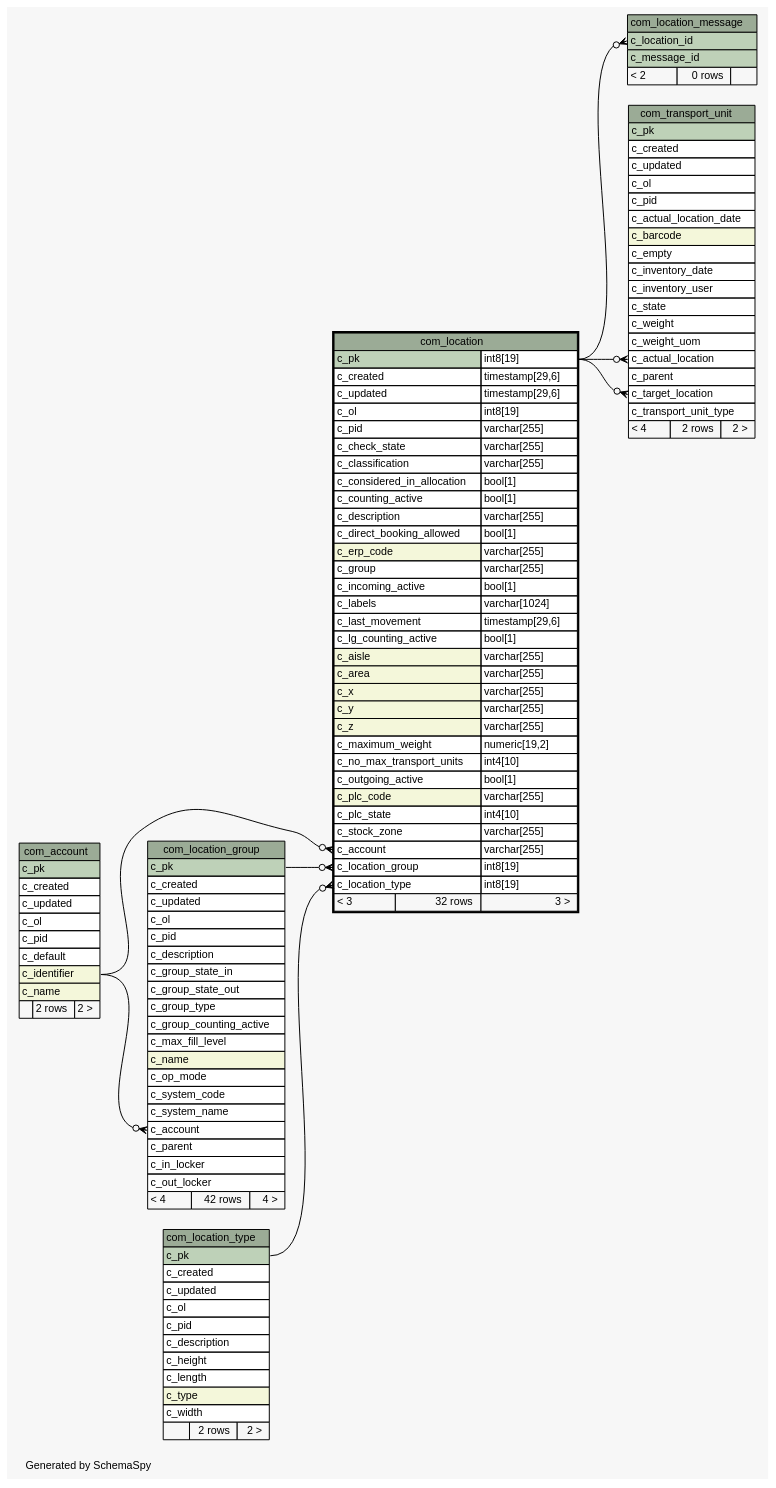
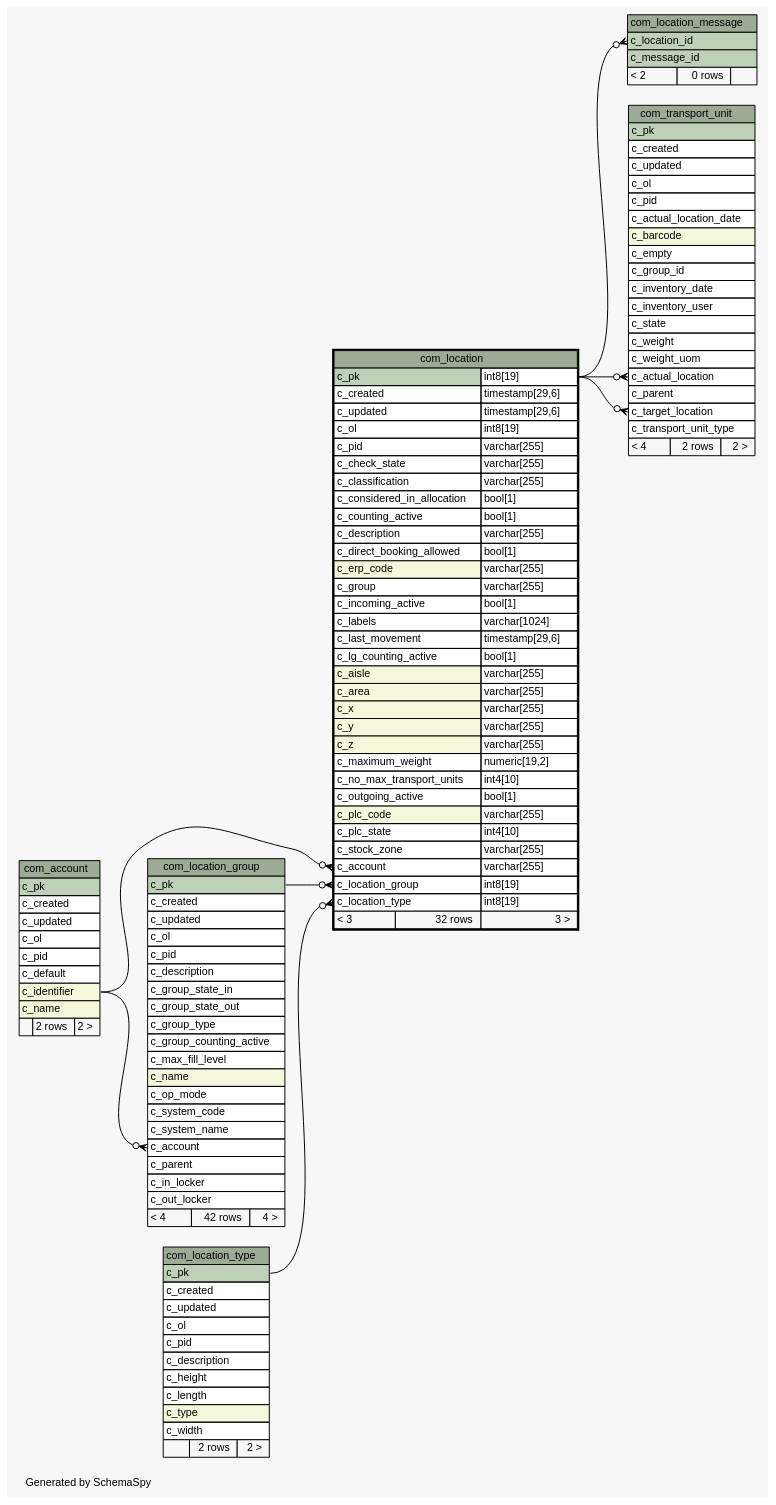
The diagram in 1.7.0-SNAPSHOT/schemaspy/diagrams/com_location.1degree.dot (openwms/org.openwms.common.service.lib), drawn with Graphviz before and after one commit. The commit also changed 450 other files, not shown here.

```diff
--- a/1.7.0-SNAPSHOT/schemaspy/diagrams/com_location.1degree.dot
+++ b/1.7.0-SNAPSHOT/schemaspy/diagrams/com_location.1degree.dot
@@ -1,170 +1,171 @@
-// dot 2.43.0 on Linux 5.8.0-1036-azure
+// dot 2.43.0 on Linux 5.8.0-1039-azure
 // SchemaSpy rev Unknown
 digraph "oneDegreeRelationshipsDiagram" {
   graph [
     rankdir="RL"
     bgcolor="#f7f7f7"
     label="\nGenerated by SchemaSpy"
     labeljust="l"
     nodesep="0.18"
     ranksep="0.46"
     fontname="Helvetica"
     fontsize="11"
   ];
   node [
     fontname="Helvetica"
     fontsize="11"
     shape="plaintext"
   ];
   edge [
     arrowsize="0.8"
   ];
   "com_location":"c_account":w -> "com_account":"c_identifier":e [arrowhead=none dir=back arrowtail=crowodot];
   "com_location":"c_location_group":w -> "com_location_group":"c_pk":e [arrowhead=none dir=back arrowtail=crowodot];
   "com_location":"c_location_type":w -> "com_location_type":"c_pk":e [arrowhead=none dir=back arrowtail=crowodot];
   "com_location_group":"c_account":w -> "com_account":"c_identifier":e [arrowhead=none dir=back arrowtail=crowodot];
   "com_location_message":"c_location_id":w -> "com_location":"c_pk.type":e [arrowhead=none dir=back arrowtail=crowodot];
   "com_transport_unit":"c_actual_location":w -> "com_location":"c_pk.type":e [arrowhead=none dir=back arrowtail=crowodot];
   "com_transport_unit":"c_target_location":w -> "com_location":"c_pk.type":e [arrowhead=none dir=back arrowtail=crowodot];
   "com_account" [
     label=<
     <TABLE BORDER="0" CELLBORDER="1" CELLSPACING="0" BGCOLOR="#ffffff">
       <TR><TD COLSPAN="3" BGCOLOR="#9bab96" ALIGN="CENTER">com_account</TD></TR>
       <TR><TD PORT="c_pk" COLSPAN="3" BGCOLOR="#bed1b8" ALIGN="LEFT">c_pk</TD></TR>
       <TR><TD PORT="c_created" COLSPAN="3" ALIGN="LEFT">c_created</TD></TR>
       <TR><TD PORT="c_updated" COLSPAN="3" ALIGN="LEFT">c_updated</TD></TR>
       <TR><TD PORT="c_ol" COLSPAN="3" ALIGN="LEFT">c_ol</TD></TR>
       <TR><TD PORT="c_pid" COLSPAN="3" ALIGN="LEFT">c_pid</TD></TR>
       <TR><TD PORT="c_default" COLSPAN="3" ALIGN="LEFT">c_default</TD></TR>
       <TR><TD PORT="c_identifier" COLSPAN="3" BGCOLOR="#f4f7da" ALIGN="LEFT">c_identifier</TD></TR>
       <TR><TD PORT="c_name" COLSPAN="3" BGCOLOR="#f4f7da" ALIGN="LEFT">c_name</TD></TR>
       <TR><TD ALIGN="LEFT" BGCOLOR="#f7f7f7">  </TD><TD ALIGN="RIGHT" BGCOLOR="#f7f7f7">2 rows</TD><TD ALIGN="RIGHT" BGCOLOR="#f7f7f7">2 &gt;</TD></TR>
     </TABLE>>
     URL="com_account.html"
     tooltip="com_account"
   ];
   "com_location" [
     label=<
     <TABLE BORDER="2" CELLBORDER="1" CELLSPACING="0" BGCOLOR="#ffffff">
       <TR><TD COLSPAN="3" BGCOLOR="#9bab96" ALIGN="CENTER">com_location</TD></TR>
       <TR><TD PORT="c_pk" COLSPAN="2" BGCOLOR="#bed1b8" ALIGN="LEFT">c_pk</TD><TD PORT="c_pk.type" ALIGN="LEFT">int8[19]</TD></TR>
       <TR><TD PORT="c_created" COLSPAN="2" ALIGN="LEFT">c_created</TD><TD PORT="c_created.type" ALIGN="LEFT">timestamp[29,6]</TD></TR>
       <TR><TD PORT="c_updated" COLSPAN="2" ALIGN="LEFT">c_updated</TD><TD PORT="c_updated.type" ALIGN="LEFT">timestamp[29,6]</TD></TR>
       <TR><TD PORT="c_ol" COLSPAN="2" ALIGN="LEFT">c_ol</TD><TD PORT="c_ol.type" ALIGN="LEFT">int8[19]</TD></TR>
       <TR><TD PORT="c_pid" COLSPAN="2" ALIGN="LEFT">c_pid</TD><TD PORT="c_pid.type" ALIGN="LEFT">varchar[255]</TD></TR>
       <TR><TD PORT="c_check_state" COLSPAN="2" ALIGN="LEFT">c_check_state</TD><TD PORT="c_check_state.type" ALIGN="LEFT">varchar[255]</TD></TR>
       <TR><TD PORT="c_classification" COLSPAN="2" ALIGN="LEFT">c_classification</TD><TD PORT="c_classification.type" ALIGN="LEFT">varchar[255]</TD></TR>
       <TR><TD PORT="c_considered_in_allocation" COLSPAN="2" ALIGN="LEFT">c_considered_in_allocation</TD><TD PORT="c_considered_in_allocation.type" ALIGN="LEFT">bool[1]</TD></TR>
       <TR><TD PORT="c_counting_active" COLSPAN="2" ALIGN="LEFT">c_counting_active</TD><TD PORT="c_counting_active.type" ALIGN="LEFT">bool[1]</TD></TR>
       <TR><TD PORT="c_description" COLSPAN="2" ALIGN="LEFT">c_description</TD><TD PORT="c_description.type" ALIGN="LEFT">varchar[255]</TD></TR>
       <TR><TD PORT="c_direct_booking_allowed" COLSPAN="2" ALIGN="LEFT">c_direct_booking_allowed</TD><TD PORT="c_direct_booking_allowed.type" ALIGN="LEFT">bool[1]</TD></TR>
       <TR><TD PORT="c_erp_code" COLSPAN="2" BGCOLOR="#f4f7da" ALIGN="LEFT">c_erp_code</TD><TD PORT="c_erp_code.type" ALIGN="LEFT">varchar[255]</TD></TR>
       <TR><TD PORT="c_group" COLSPAN="2" ALIGN="LEFT">c_group</TD><TD PORT="c_group.type" ALIGN="LEFT">varchar[255]</TD></TR>
       <TR><TD PORT="c_incoming_active" COLSPAN="2" ALIGN="LEFT">c_incoming_active</TD><TD PORT="c_incoming_active.type" ALIGN="LEFT">bool[1]</TD></TR>
       <TR><TD PORT="c_labels" COLSPAN="2" ALIGN="LEFT">c_labels</TD><TD PORT="c_labels.type" ALIGN="LEFT">varchar[1024]</TD></TR>
       <TR><TD PORT="c_last_movement" COLSPAN="2" ALIGN="LEFT">c_last_movement</TD><TD PORT="c_last_movement.type" ALIGN="LEFT">timestamp[29,6]</TD></TR>
       <TR><TD PORT="c_lg_counting_active" COLSPAN="2" ALIGN="LEFT">c_lg_counting_active</TD><TD PORT="c_lg_counting_active.type" ALIGN="LEFT">bool[1]</TD></TR>
       <TR><TD PORT="c_aisle" COLSPAN="2" BGCOLOR="#f4f7da" ALIGN="LEFT">c_aisle</TD><TD PORT="c_aisle.type" ALIGN="LEFT">varchar[255]</TD></TR>
       <TR><TD PORT="c_area" COLSPAN="2" BGCOLOR="#f4f7da" ALIGN="LEFT">c_area</TD><TD PORT="c_area.type" ALIGN="LEFT">varchar[255]</TD></TR>
       <TR><TD PORT="c_x" COLSPAN="2" BGCOLOR="#f4f7da" ALIGN="LEFT">c_x</TD><TD PORT="c_x.type" ALIGN="LEFT">varchar[255]</TD></TR>
       <TR><TD PORT="c_y" COLSPAN="2" BGCOLOR="#f4f7da" ALIGN="LEFT">c_y</TD><TD PORT="c_y.type" ALIGN="LEFT">varchar[255]</TD></TR>
       <TR><TD PORT="c_z" COLSPAN="2" BGCOLOR="#f4f7da" ALIGN="LEFT">c_z</TD><TD PORT="c_z.type" ALIGN="LEFT">varchar[255]</TD></TR>
       <TR><TD PORT="c_maximum_weight" COLSPAN="2" ALIGN="LEFT">c_maximum_weight</TD><TD PORT="c_maximum_weight.type" ALIGN="LEFT">numeric[19,2]</TD></TR>
       <TR><TD PORT="c_no_max_transport_units" COLSPAN="2" ALIGN="LEFT">c_no_max_transport_units</TD><TD PORT="c_no_max_transport_units.type" ALIGN="LEFT">int4[10]</TD></TR>
       <TR><TD PORT="c_outgoing_active" COLSPAN="2" ALIGN="LEFT">c_outgoing_active</TD><TD PORT="c_outgoing_active.type" ALIGN="LEFT">bool[1]</TD></TR>
       <TR><TD PORT="c_plc_code" COLSPAN="2" BGCOLOR="#f4f7da" ALIGN="LEFT">c_plc_code</TD><TD PORT="c_plc_code.type" ALIGN="LEFT">varchar[255]</TD></TR>
       <TR><TD PORT="c_plc_state" COLSPAN="2" ALIGN="LEFT">c_plc_state</TD><TD PORT="c_plc_state.type" ALIGN="LEFT">int4[10]</TD></TR>
       <TR><TD PORT="c_stock_zone" COLSPAN="2" ALIGN="LEFT">c_stock_zone</TD><TD PORT="c_stock_zone.type" ALIGN="LEFT">varchar[255]</TD></TR>
       <TR><TD PORT="c_account" COLSPAN="2" ALIGN="LEFT">c_account</TD><TD PORT="c_account.type" ALIGN="LEFT">varchar[255]</TD></TR>
       <TR><TD PORT="c_location_group" COLSPAN="2" ALIGN="LEFT">c_location_group</TD><TD PORT="c_location_group.type" ALIGN="LEFT">int8[19]</TD></TR>
       <TR><TD PORT="c_location_type" COLSPAN="2" ALIGN="LEFT">c_location_type</TD><TD PORT="c_location_type.type" ALIGN="LEFT">int8[19]</TD></TR>
       <TR><TD ALIGN="LEFT" BGCOLOR="#f7f7f7">&lt; 3</TD><TD ALIGN="RIGHT" BGCOLOR="#f7f7f7">32 rows</TD><TD ALIGN="RIGHT" BGCOLOR="#f7f7f7">3 &gt;</TD></TR>
     </TABLE>>
     URL="com_location.html"
     tooltip="com_location"
   ];
   "com_location_group" [
     label=<
     <TABLE BORDER="0" CELLBORDER="1" CELLSPACING="0" BGCOLOR="#ffffff">
       <TR><TD COLSPAN="3" BGCOLOR="#9bab96" ALIGN="CENTER">com_location_group</TD></TR>
       <TR><TD PORT="c_pk" COLSPAN="3" BGCOLOR="#bed1b8" ALIGN="LEFT">c_pk</TD></TR>
       <TR><TD PORT="c_created" COLSPAN="3" ALIGN="LEFT">c_created</TD></TR>
       <TR><TD PORT="c_updated" COLSPAN="3" ALIGN="LEFT">c_updated</TD></TR>
       <TR><TD PORT="c_ol" COLSPAN="3" ALIGN="LEFT">c_ol</TD></TR>
       <TR><TD PORT="c_pid" COLSPAN="3" ALIGN="LEFT">c_pid</TD></TR>
       <TR><TD PORT="c_description" COLSPAN="3" ALIGN="LEFT">c_description</TD></TR>
       <TR><TD PORT="c_group_state_in" COLSPAN="3" ALIGN="LEFT">c_group_state_in</TD></TR>
       <TR><TD PORT="c_group_state_out" COLSPAN="3" ALIGN="LEFT">c_group_state_out</TD></TR>
       <TR><TD PORT="c_group_type" COLSPAN="3" ALIGN="LEFT">c_group_type</TD></TR>
       <TR><TD PORT="c_group_counting_active" COLSPAN="3" ALIGN="LEFT">c_group_counting_active</TD></TR>
       <TR><TD PORT="c_max_fill_level" COLSPAN="3" ALIGN="LEFT">c_max_fill_level</TD></TR>
       <TR><TD PORT="c_name" COLSPAN="3" BGCOLOR="#f4f7da" ALIGN="LEFT">c_name</TD></TR>
       <TR><TD PORT="c_op_mode" COLSPAN="3" ALIGN="LEFT">c_op_mode</TD></TR>
       <TR><TD PORT="c_system_code" COLSPAN="3" ALIGN="LEFT">c_system_code</TD></TR>
       <TR><TD PORT="c_system_name" COLSPAN="3" ALIGN="LEFT">c_system_name</TD></TR>
       <TR><TD PORT="c_account" COLSPAN="3" ALIGN="LEFT">c_account</TD></TR>
       <TR><TD PORT="c_parent" COLSPAN="3" ALIGN="LEFT">c_parent</TD></TR>
       <TR><TD PORT="c_in_locker" COLSPAN="3" ALIGN="LEFT">c_in_locker</TD></TR>
       <TR><TD PORT="c_out_locker" COLSPAN="3" ALIGN="LEFT">c_out_locker</TD></TR>
       <TR><TD ALIGN="LEFT" BGCOLOR="#f7f7f7">&lt; 4</TD><TD ALIGN="RIGHT" BGCOLOR="#f7f7f7">42 rows</TD><TD ALIGN="RIGHT" BGCOLOR="#f7f7f7">4 &gt;</TD></TR>
     </TABLE>>
     URL="com_location_group.html"
     tooltip="com_location_group"
   ];
   "com_location_message" [
     label=<
     <TABLE BORDER="0" CELLBORDER="1" CELLSPACING="0" BGCOLOR="#ffffff">
       <TR><TD COLSPAN="3" BGCOLOR="#9bab96" ALIGN="CENTER">com_location_message</TD></TR>
       <TR><TD PORT="c_location_id" COLSPAN="3" BGCOLOR="#bed1b8" ALIGN="LEFT">c_location_id</TD></TR>
       <TR><TD PORT="c_message_id" COLSPAN="3" BGCOLOR="#bed1b8" ALIGN="LEFT">c_message_id</TD></TR>
       <TR><TD ALIGN="LEFT" BGCOLOR="#f7f7f7">&lt; 2</TD><TD ALIGN="RIGHT" BGCOLOR="#f7f7f7">0 rows</TD><TD ALIGN="RIGHT" BGCOLOR="#f7f7f7">  </TD></TR>
     </TABLE>>
     URL="com_location_message.html"
     tooltip="com_location_message"
   ];
   "com_location_type" [
     label=<
     <TABLE BORDER="0" CELLBORDER="1" CELLSPACING="0" BGCOLOR="#ffffff">
       <TR><TD COLSPAN="3" BGCOLOR="#9bab96" ALIGN="CENTER">com_location_type</TD></TR>
       <TR><TD PORT="c_pk" COLSPAN="3" BGCOLOR="#bed1b8" ALIGN="LEFT">c_pk</TD></TR>
       <TR><TD PORT="c_created" COLSPAN="3" ALIGN="LEFT">c_created</TD></TR>
       <TR><TD PORT="c_updated" COLSPAN="3" ALIGN="LEFT">c_updated</TD></TR>
       <TR><TD PORT="c_ol" COLSPAN="3" ALIGN="LEFT">c_ol</TD></TR>
       <TR><TD PORT="c_pid" COLSPAN="3" ALIGN="LEFT">c_pid</TD></TR>
       <TR><TD PORT="c_description" COLSPAN="3" ALIGN="LEFT">c_description</TD></TR>
       <TR><TD PORT="c_height" COLSPAN="3" ALIGN="LEFT">c_height</TD></TR>
       <TR><TD PORT="c_length" COLSPAN="3" ALIGN="LEFT">c_length</TD></TR>
       <TR><TD PORT="c_type" COLSPAN="3" BGCOLOR="#f4f7da" ALIGN="LEFT">c_type</TD></TR>
       <TR><TD PORT="c_width" COLSPAN="3" ALIGN="LEFT">c_width</TD></TR>
       <TR><TD ALIGN="LEFT" BGCOLOR="#f7f7f7">  </TD><TD ALIGN="RIGHT" BGCOLOR="#f7f7f7">2 rows</TD><TD ALIGN="RIGHT" BGCOLOR="#f7f7f7">2 &gt;</TD></TR>
     </TABLE>>
     URL="com_location_type.html"
     tooltip="com_location_type"
   ];
   "com_transport_unit" [
     label=<
     <TABLE BORDER="0" CELLBORDER="1" CELLSPACING="0" BGCOLOR="#ffffff">
       <TR><TD COLSPAN="3" BGCOLOR="#9bab96" ALIGN="CENTER">com_transport_unit</TD></TR>
       <TR><TD PORT="c_pk" COLSPAN="3" BGCOLOR="#bed1b8" ALIGN="LEFT">c_pk</TD></TR>
       <TR><TD PORT="c_created" COLSPAN="3" ALIGN="LEFT">c_created</TD></TR>
       <TR><TD PORT="c_updated" COLSPAN="3" ALIGN="LEFT">c_updated</TD></TR>
       <TR><TD PORT="c_ol" COLSPAN="3" ALIGN="LEFT">c_ol</TD></TR>
       <TR><TD PORT="c_pid" COLSPAN="3" ALIGN="LEFT">c_pid</TD></TR>
       <TR><TD PORT="c_actual_location_date" COLSPAN="3" ALIGN="LEFT">c_actual_location_date</TD></TR>
       <TR><TD PORT="c_barcode" COLSPAN="3" BGCOLOR="#f4f7da" ALIGN="LEFT">c_barcode</TD></TR>
       <TR><TD PORT="c_empty" COLSPAN="3" ALIGN="LEFT">c_empty</TD></TR>
+      <TR><TD PORT="c_group_id" COLSPAN="3" ALIGN="LEFT">c_group_id</TD></TR>
       <TR><TD PORT="c_inventory_date" COLSPAN="3" ALIGN="LEFT">c_inventory_date</TD></TR>
       <TR><TD PORT="c_inventory_user" COLSPAN="3" ALIGN="LEFT">c_inventory_user</TD></TR>
       <TR><TD PORT="c_state" COLSPAN="3" ALIGN="LEFT">c_state</TD></TR>
       <TR><TD PORT="c_weight" COLSPAN="3" ALIGN="LEFT">c_weight</TD></TR>
       <TR><TD PORT="c_weight_uom" COLSPAN="3" ALIGN="LEFT">c_weight_uom</TD></TR>
       <TR><TD PORT="c_actual_location" COLSPAN="3" ALIGN="LEFT">c_actual_location</TD></TR>
       <TR><TD PORT="c_parent" COLSPAN="3" ALIGN="LEFT">c_parent</TD></TR>
       <TR><TD PORT="c_target_location" COLSPAN="3" ALIGN="LEFT">c_target_location</TD></TR>
       <TR><TD PORT="c_transport_unit_type" COLSPAN="3" ALIGN="LEFT">c_transport_unit_type</TD></TR>
       <TR><TD ALIGN="LEFT" BGCOLOR="#f7f7f7">&lt; 4</TD><TD ALIGN="RIGHT" BGCOLOR="#f7f7f7">2 rows</TD><TD ALIGN="RIGHT" BGCOLOR="#f7f7f7">2 &gt;</TD></TR>
     </TABLE>>
     URL="com_transport_unit.html"
     tooltip="com_transport_unit"
   ];
 }
```
